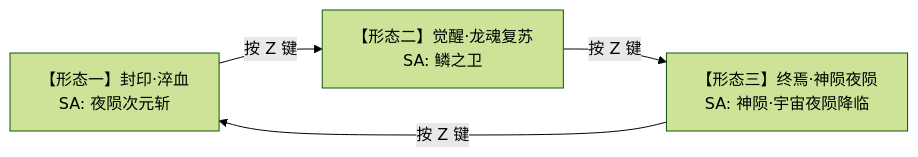
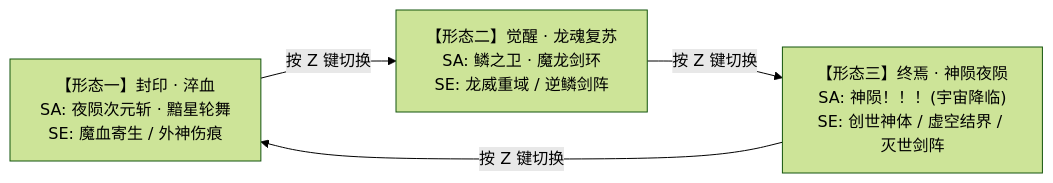
One commit to RLlufee/AnnihilationBladeEX changed the diagram in README.md. Above: the diagram before and after it, drawn with Mermaid (forest theme). The commit also changed other lines of this file and 2 other files, not shown here.

````diff
--- a/README.md
+++ b/README.md
@@ -128,6 +162,6 @@
 ```mermaid
 graph LR
-    A["【形态一】封印·淬血<br>SA: 夜陨次元斩"] -->|按 Z 键| B["【形态二】觉醒·龙魂复苏<br>SA: 鳞之卫"]
-    B -->|按 Z 键| C["【形态三】终焉·神陨夜陨<br>SA: 神陨·宇宙夜陨降临"]
-    C -->|按 Z 键| A
+    A["【形态一】封印 · 淬血<br>SA: 夜陨次元斩 · 黯星轮舞<br>SE: 魔血寄生 / 外神伤痕"] -->|"按 Z 键切换"| B["【形态二】觉醒 · 龙魂复苏<br>SA: 鳞之卫 · 魔龙剑环<br>SE: 龙威重域 / 逆鳞剑阵"]
+    B -->|"按 Z 键切换"| C["【形态三】终焉 · 神陨夜陨<br>SA: 神陨！！！(宇宙降临)<br>SE: 创世神体 / 虚空结界 / 灭世剑阵"]
+    C -->|"按 Z 键切换"| A
 ```
````
